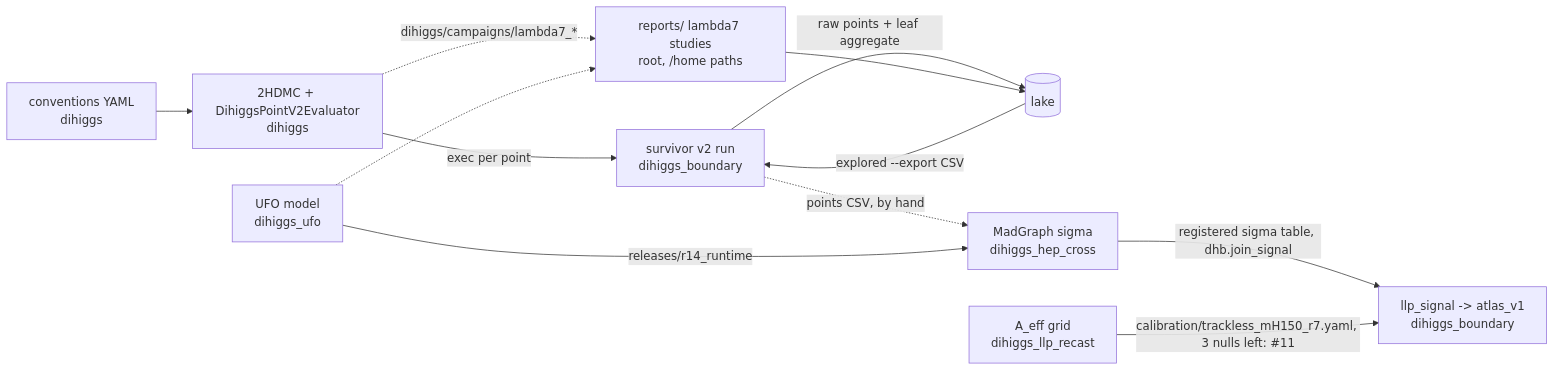
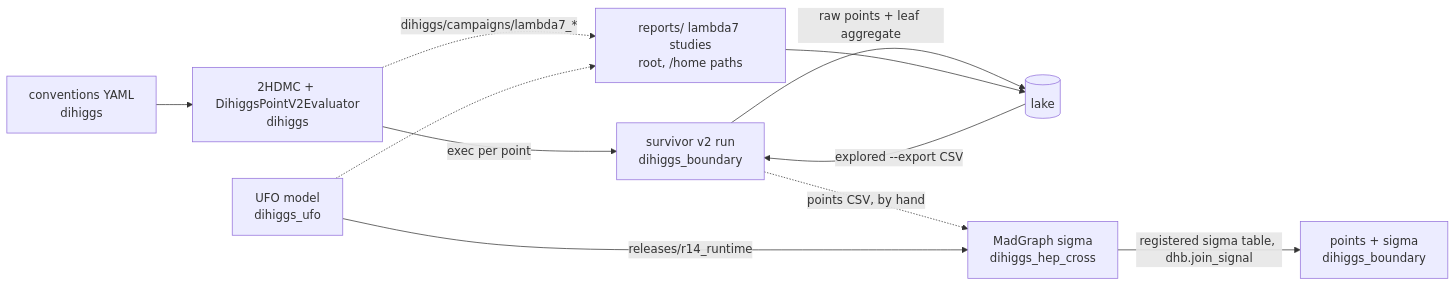
Before and after one commit to fbientrigo/atlas_dihiggs: the diagram in docs/DATA_FLOW.md, drawn with Mermaid. The commit also changed other lines of this file and 12 other files, not shown here.

First line of the commit message:
Task Q: remove the LLP recast from the workspace

````diff
--- a/docs/DATA_FLOW.md
+++ b/docs/DATA_FLOW.md
@@ -14,14 +14,13 @@
 ```mermaid
 flowchart LR
   CONV[conventions YAML<br/>dihiggs] --> EV[2HDMC + DihiggsPointV2Evaluator<br/>dihiggs]
   EV -->|exec per point| RUN[survivor v2 run<br/>dihiggs_boundary]
   RUN -->|raw points + leaf aggregate| LAKE[(lake)]
   LAKE -->|explored --export CSV| RUN
   RUN -.->|points CSV, by hand| XS[MadGraph sigma<br/>dihiggs_hep_cross]
   UFO[UFO model<br/>dihiggs_ufo] -->|releases/r14_runtime| XS
-  XS -->|registered sigma table, dhb.join_signal| SIG[llp_signal -> atlas_v1<br/>dihiggs_boundary]
-  REC[A_eff grid<br/>dihiggs_llp_recast] -->|calibration/trackless_mH150_r7.yaml, 3 nulls left: #11| SIG
+  XS -->|registered sigma table, dhb.join_signal| SIG[points + sigma<br/>dihiggs_boundary]
   EV -.->|dihiggs/campaigns/lambda7_*| REP[reports/ lambda7 studies<br/>root, /home paths]
   UFO -.-> REP
   REP --> LAKE
 ```
````
